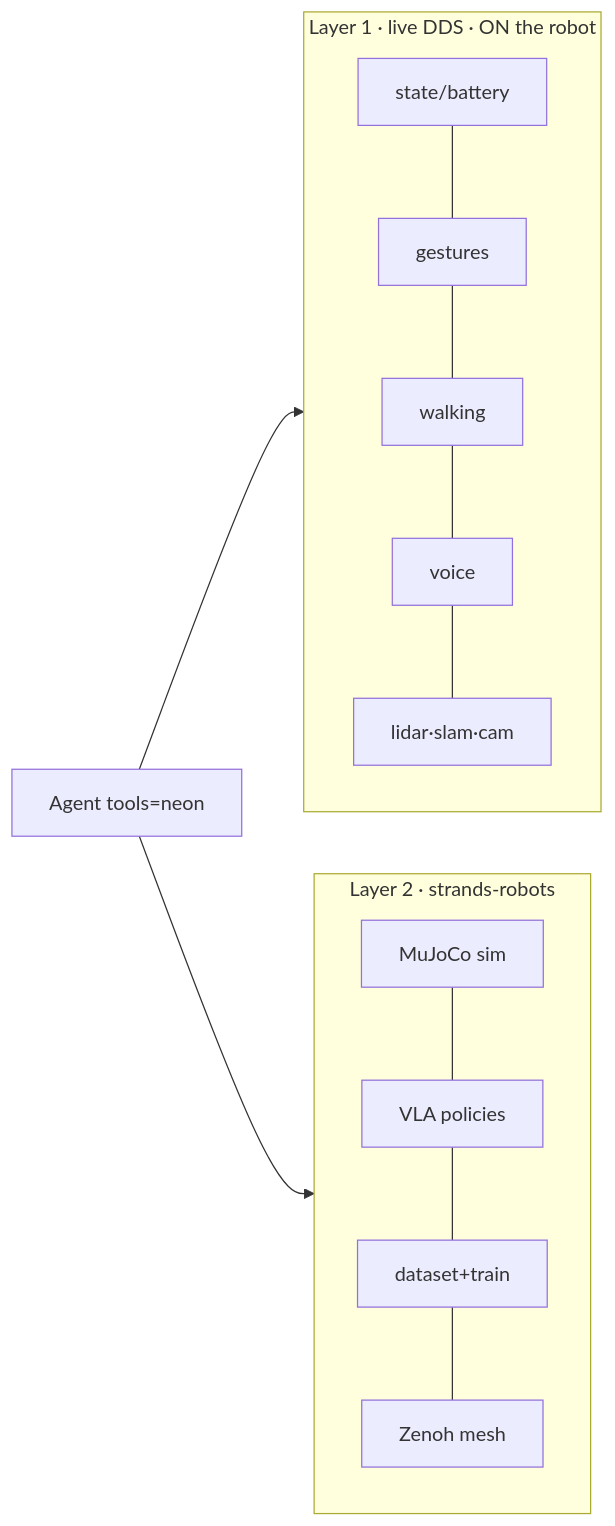
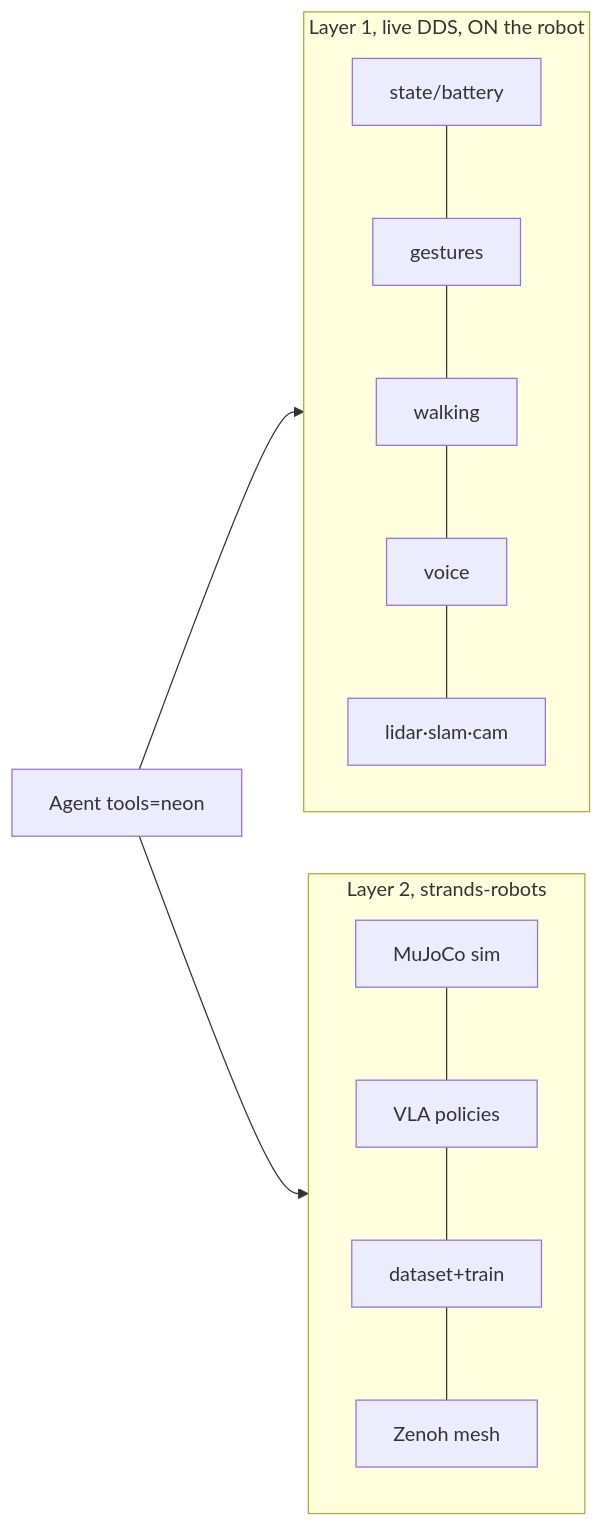
Before and after one commit to cagataycali/neon-the-g1: the diagram in docs/guide/strands-robots.md, drawn with Mermaid. The commit also changed other lines of this file and 22 other files, not shown here.

````diff
--- a/docs/guide/strands-robots.md
+++ b/docs/guide/strands-robots.md
@@ -24,11 +24,11 @@
 ```mermaid
 flowchart LR
     A[Agent tools=neon] --> L1
     A --> L2
-    subgraph L1[Layer 1 · live DDS · ON the robot]
+    subgraph L1[Layer 1, live DDS, ON the robot]
         S[state/battery] --- ARM[gestures] --- W[walking] --- AUD[voice] --- SEN[lidar·slam·cam]
     end
-    subgraph L2[Layer 2 · strands-robots]
+    subgraph L2[Layer 2, strands-robots]
         SIM[MuJoCo sim] --- POL[VLA policies] --- DS[dataset+train] --- MESH[Zenoh mesh]
     end
 ```
````
